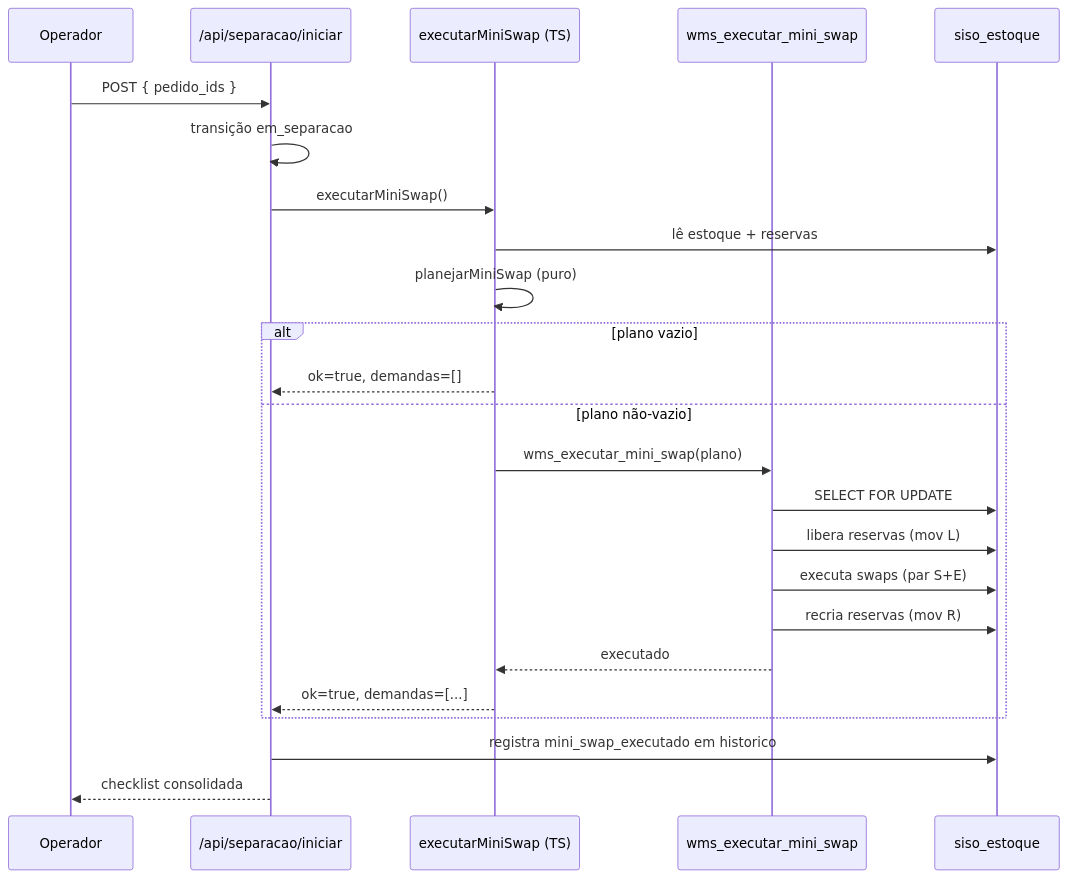
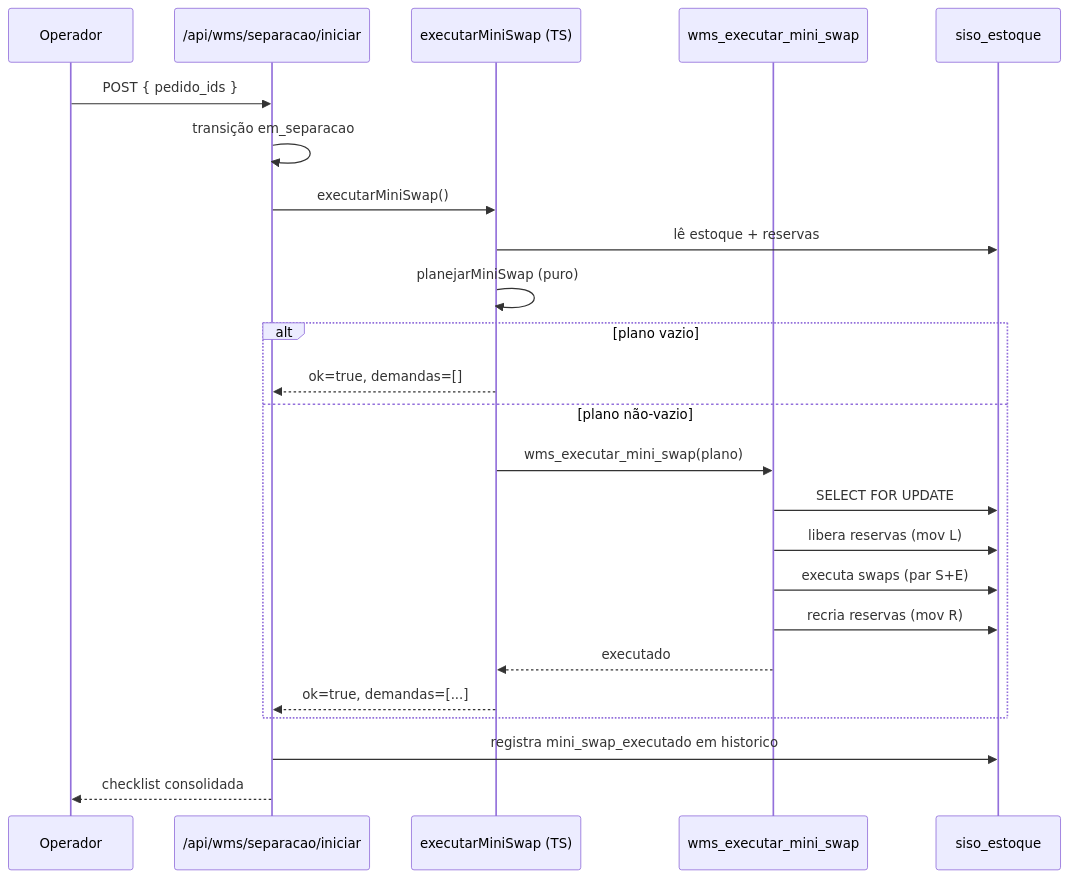
Before and after one commit to Eryk-dev/estoquelever: the diagram in docs/architecture-and-flows.md, drawn with Mermaid. The commit also changed other lines of this file and 20 other files, not shown here.

````diff
--- a/docs/architecture-and-flows.md
+++ b/docs/architecture-and-flows.md
@@ -24,27 +24,27 @@
 ```mermaid
 sequenceDiagram
   participant Op as Operador
-  participant API as /api/separacao/iniciar
+  participant API as /api/wms/separacao/iniciar
   participant MS as executarMiniSwap (TS)
   participant RPC as wms_executar_mini_swap
   participant DB as siso_estoque
 
   Op->>API: POST { pedido_ids }
   API->>API: transição em_separacao
   API->>MS: executarMiniSwap()
   MS->>DB: lê estoque + reservas
   MS->>MS: planejarMiniSwap (puro)
   alt plano vazio
     MS-->>API: ok=true, demandas=[]
   else plano não-vazio
     MS->>RPC: wms_executar_mini_swap(plano)
     RPC->>DB: SELECT FOR UPDATE
     RPC->>DB: libera reservas (mov L)
     RPC->>DB: executa swaps (par S+E)
     RPC->>DB: recria reservas (mov R)
     RPC-->>MS: executado
     MS-->>API: ok=true, demandas=[...]
   end
   API->>DB: registra mini_swap_executado em historico
   API-->>Op: checklist consolidada
 ```
````
